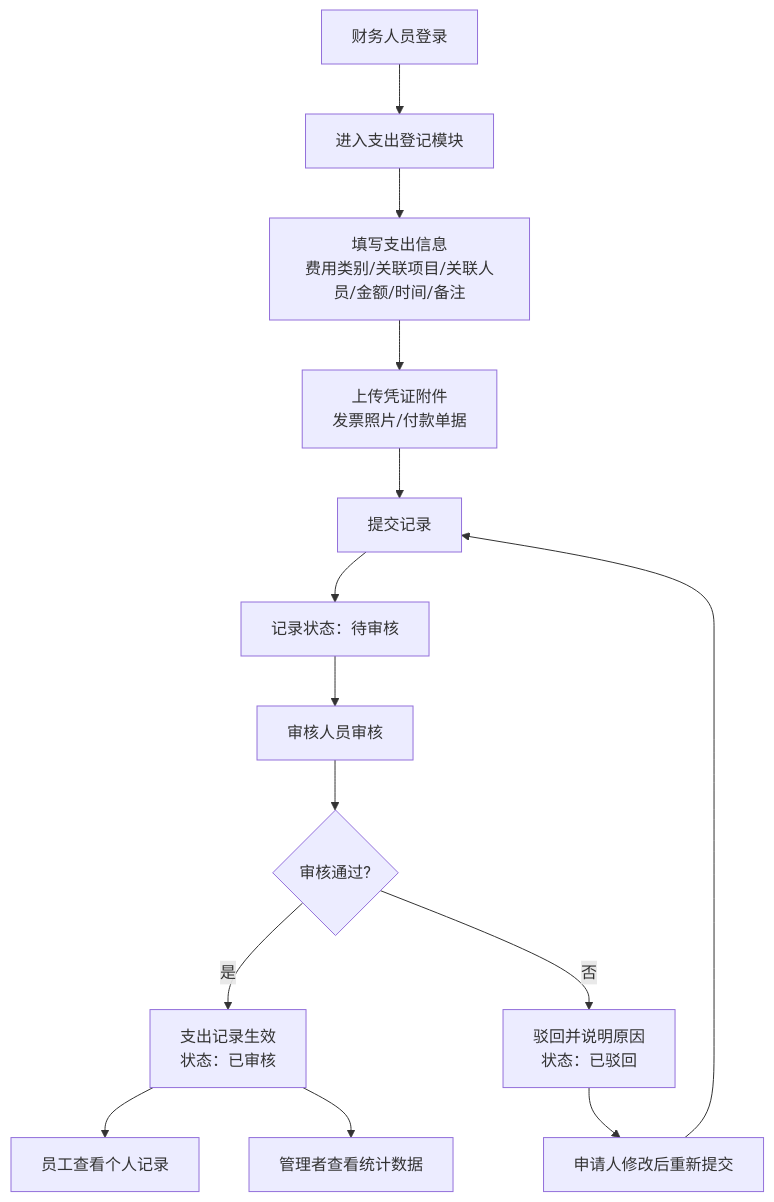
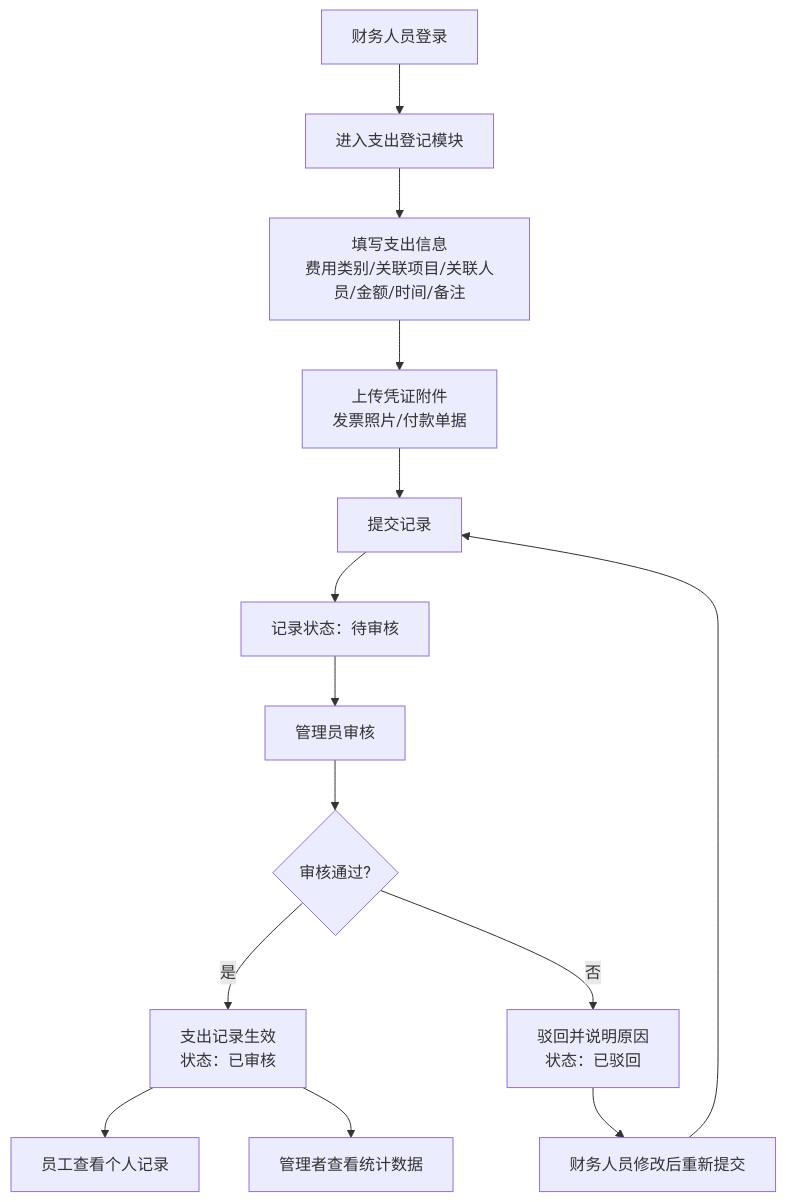
The third of 5 diagrams in docs/需求规格说明书.md (v5general/Account_Management_System), drawn with Mermaid before and after one commit. The commit also changed 18 other files, not shown here.

````diff
--- a/docs/需求规格说明书.md
+++ b/docs/需求规格说明书.md
@@ -144,16 +144,16 @@
 ```mermaid
 flowchart TD
     A[财务人员登录] --> B[进入支出登记模块]
     B --> C[填写支出信息<br/>费用类别/关联项目/关联人员/金额/时间/备注]
     C --> D[上传凭证附件<br/>发票照片/付款单据]
     D --> E[提交记录]
     E --> F[记录状态：待审核]
-    F --> G[审核人员审核]
+    F --> G[管理员审核]
     G --> H{审核通过?}
     H -->|是| I[支出记录生效<br/>状态：已审核]
     H -->|否| J[驳回并说明原因<br/>状态：已驳回]
     I --> K[员工查看个人记录]
     I --> L[管理者查看统计数据]
-    J --> M[申请人修改后重新提交]
+    J --> M[财务人员修改后重新提交]
     M --> E
 ```
````
